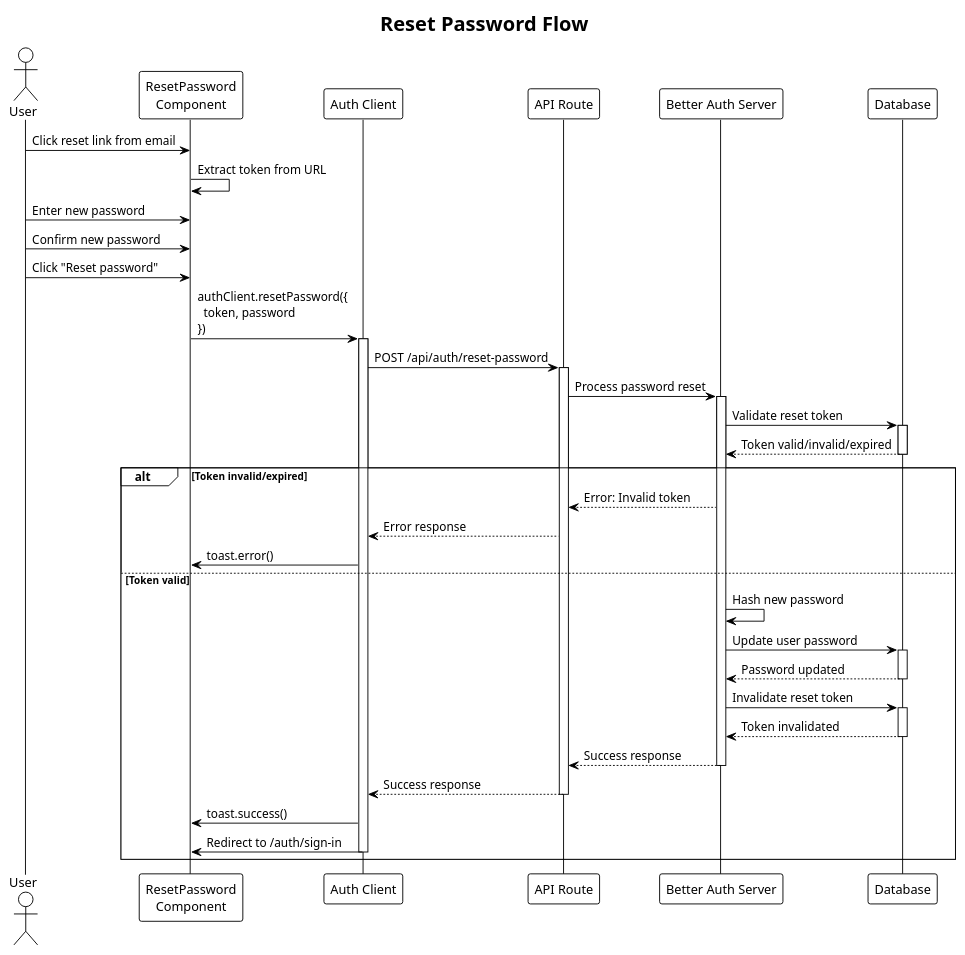
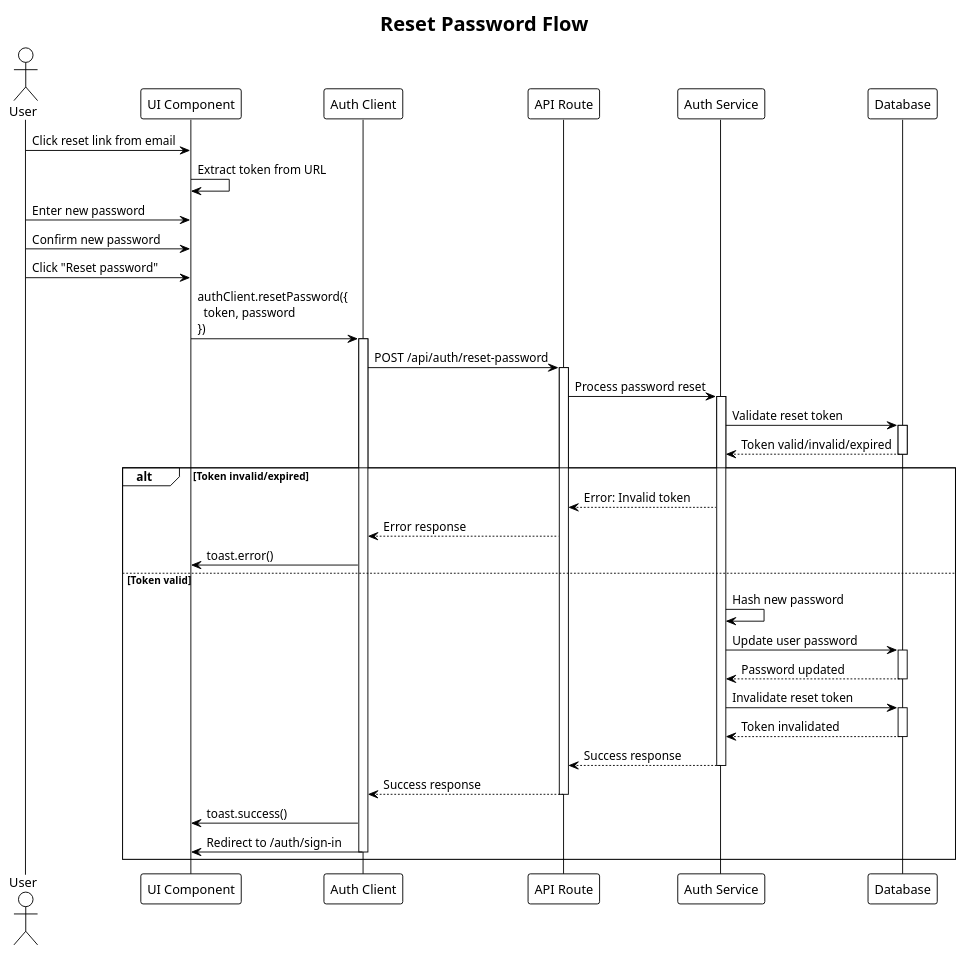
Before and after one commit to VieTicket/vieticket-monorepo: the sixth of 8 diagrams in puml/auth.puml, drawn with PlantUML. The commit also changed other lines of this file and 4 other files, not shown here.

Commit message:
[OPS-28] seq diagram for seatmap

```diff
--- a/puml/auth.puml
+++ b/puml/auth.puml
@@ -316,60 +316,60 @@
 @startuml reset-password
 !theme plain
 title Reset Password Flow
 
 actor User
-participant "ResetPassword\nComponent" as UI
+participant "UI Component" as UI
 participant "Auth Client" as Client
 participant "API Route" as API
-participant "Better Auth Server" as Auth
+participant "Auth Service" as Auth
 participant "Database" as DB
 
 User -> UI: Click reset link from email
 UI -> UI: Extract token from URL
 
 User -> UI: Enter new password
 User -> UI: Confirm new password
 User -> UI: Click "Reset password"
 
 UI -> Client: authClient.resetPassword({\n  token, password\n})
 activate Client
 
 Client -> API: POST /api/auth/reset-password
 activate API
 
 API -> Auth: Process password reset
 activate Auth
 
 Auth -> DB: Validate reset token
 activate DB
 DB --> Auth: Token valid/invalid/expired
 deactivate DB
 
 alt Token invalid/expired
     Auth --> API: Error: Invalid token
     API --> Client: Error response
     Client -> UI: toast.error()
 else Token valid
     Auth -> Auth: Hash new password
     Auth -> DB: Update user password
     activate DB
     DB --> Auth: Password updated
     deactivate DB
     
     Auth -> DB: Invalidate reset token
     activate DB
     DB --> Auth: Token invalidated
     deactivate DB
     
     Auth --> API: Success response
     deactivate Auth
     
     API --> Client: Success response
     deactivate API
     
     Client -> UI: toast.success()
     Client -> UI: Redirect to /auth/sign-in
     deactivate Client
 end
 
 @enduml
```
